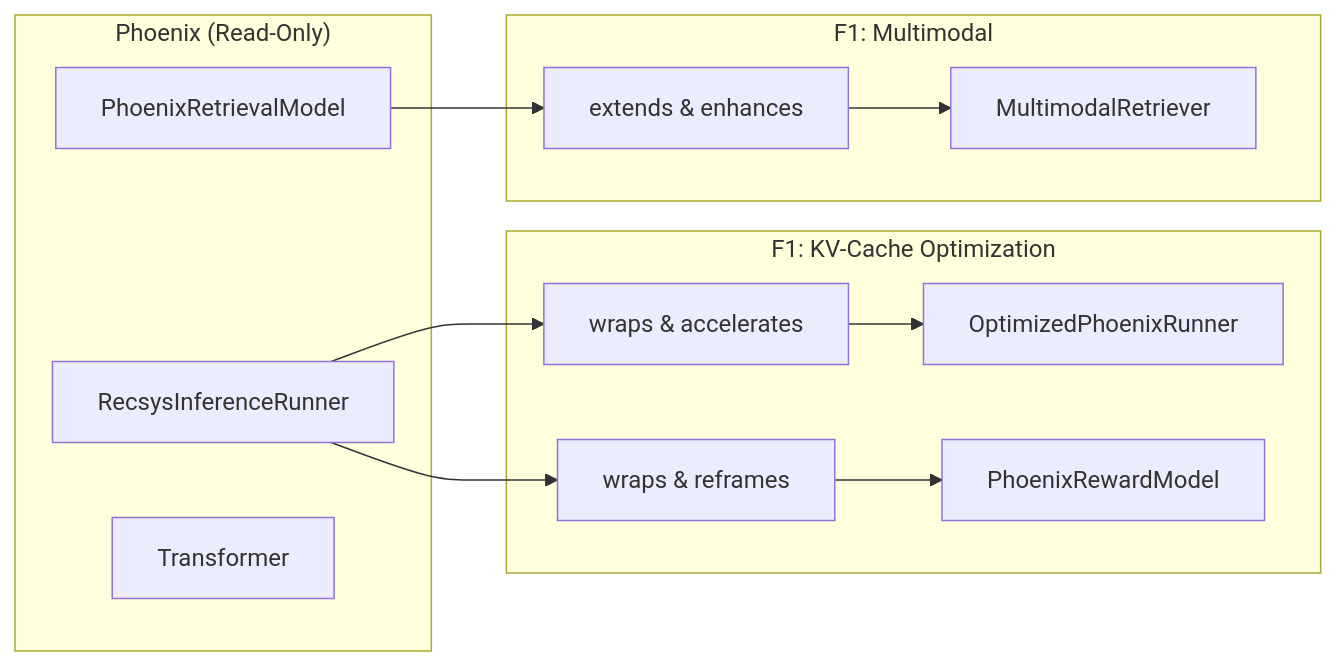
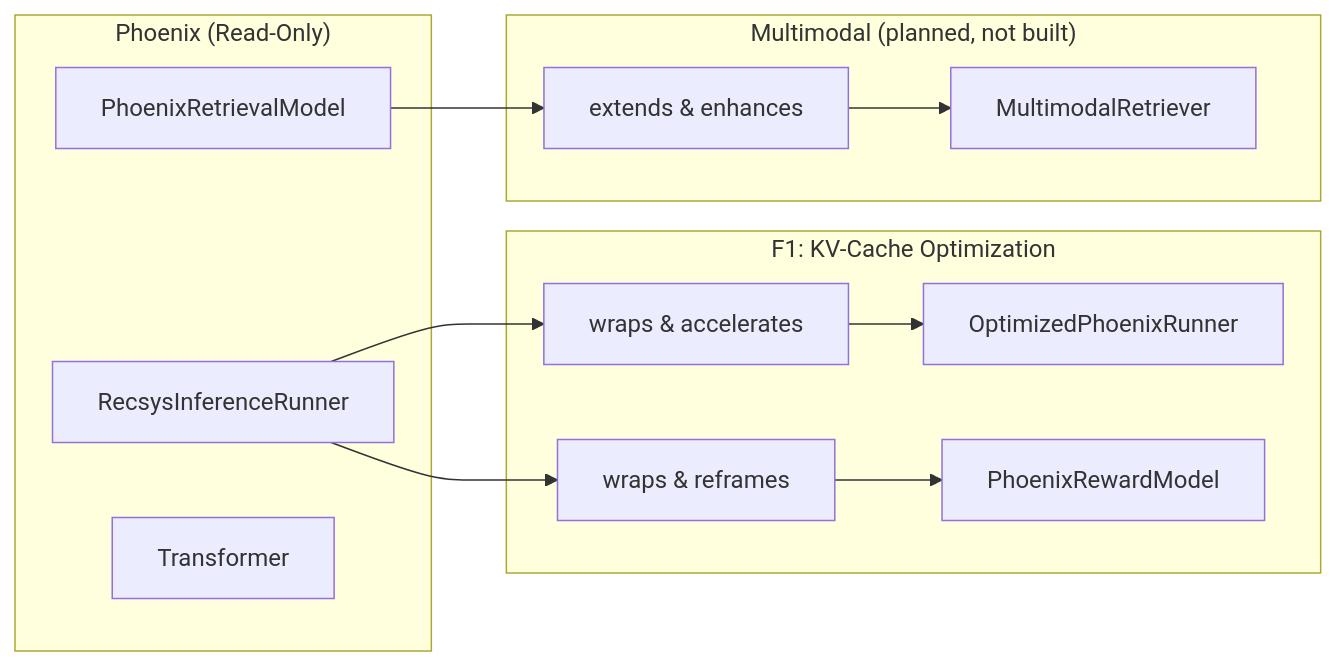
One commit to kar-ganap/x-algorithm-enhancements changed the third of 24 diagrams in docs/design_doc.md. Above: the diagram before and after it, drawn with Mermaid. The commit also changed other lines of this file and 1 other file, not shown here.

First line of the commit message:
fix: clean up F1/F2 naming in diagrams and handle old multimodal F1

````diff
--- a/docs/design_doc.md
+++ b/docs/design_doc.md
@@ -96,27 +96,27 @@
 ```mermaid
 graph LR
     subgraph Original["Phoenix (Read-Only)"]
         A["RecsysInferenceRunner"]
         B["PhoenixRetrievalModel"]
         C["Transformer"]
     end
 
     subgraph F2["F1: KV-Cache Optimization"]
         D["OptimizedPhoenixRunner"]
         E["wraps & accelerates"]
     end
 
     subgraph F2["F2: Reward Modeling"]
         F["PhoenixRewardModel"]
         G["wraps & reframes"]
     end
 
-    subgraph F1["F1: Multimodal"]
+    subgraph F_unused["Multimodal (planned, not built)"]
         H["MultimodalRetriever"]
         I["extends & enhances"]
     end
 
     A --> E --> D
     A --> G --> F
     B --> I --> H
 ```
````
